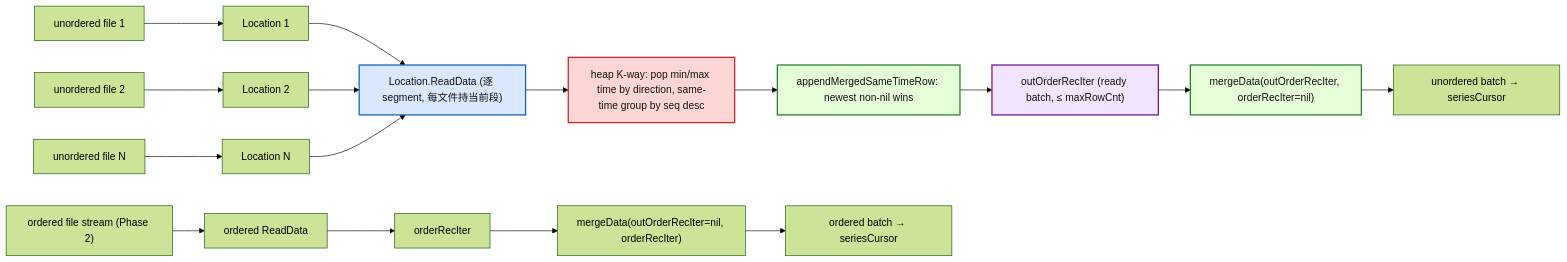
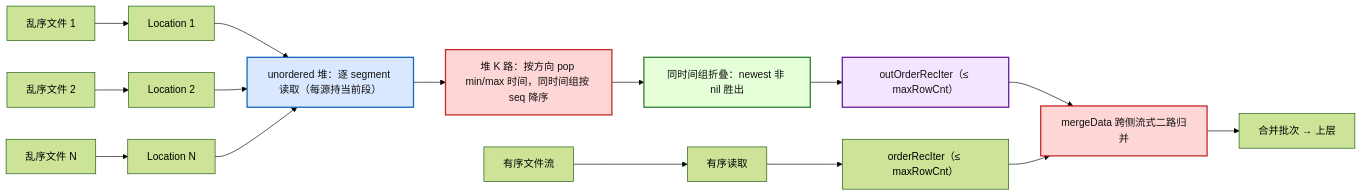
One commit to zhiwangdu/openGemini changed the third of 5 diagrams in tsmMergeCursor_unordered_merge_proposal.md. Above: the diagram before and after it, drawn with Mermaid (forest theme). The commit also changed other lines of this file and 3 other files, not shown here.

````diff
--- a/tsmMergeCursor_unordered_merge_proposal.md
+++ b/tsmMergeCursor_unordered_merge_proposal.md
@@ -325,31 +341,30 @@
 ```mermaid
 flowchart LR
-    U1["unordered file 1"] --> L1["Location 1"]
-    U2["unordered file 2"] --> L2["Location 2"]
-    UN["unordered file N"] --> LN["Location N"]
+    U1["乱序文件 1"] --> L1["Location 1"]
+    U2["乱序文件 2"] --> L2["Location 2"]
+    UN["乱序文件 N"] --> LN["Location N"]
 
-    L1 --> W["Location.ReadData (逐 segment, 每文件持当前段)"]
+    L1 --> W["unordered 堆：逐 segment 读取（每源持当前段）"]
     L2 --> W
     LN --> W
-    W --> H["heap K-way: pop min/max time by direction, same-time group by seq desc"]
-    H --> SG["appendMergedSameTimeRow: newest non-nil wins"]
-    SG --> RB["outOrderRecIter (ready batch, ≤ maxRowCnt)"]
+    W --> H["堆 K 路：按方向 pop min/max 时间，同时间组按 seq 降序"]
+    H --> SG["同时间组折叠：newest 非 nil 胜出"]
+    SG --> RB["outOrderRecIter（≤ maxRowCnt）"]
 
-    RB --> MD["mergeData(outOrderRecIter, orderRecIter=nil)"]
-    MD --> OUT1["unordered batch → seriesCursor"]
+    OF["有序文件流"] --> OC["有序读取"]
+    OC --> OR["orderRecIter（≤ maxRowCnt）"]
 
-    OF["ordered file stream (Phase 2)"] --> OC["ordered ReadData"]
-    OC --> OR["orderRecIter"]
-    OR --> MD2["mergeData(outOrderRecIter=nil, orderRecIter)"]
-    MD2 --> OUT2["ordered batch → seriesCursor"]
+    RB --> MD["mergeData 跨侧流式二路归并"]
+    OR --> MD
+    MD --> OUT["合并批次 → 上层"]
 
     W:::io
     H:::hot
     SG:::cpu
     RB:::mem
-    MD:::cpu
+    MD:::hot
     classDef hot fill:#ffd6d6,stroke:#c62828,stroke-width:2px,color:#111;
     classDef io fill:#d9e8ff,stroke:#1565c0,stroke-width:2px,color:#111;
     classDef cpu fill:#e5ffd8,stroke:#2e7d32,stroke-width:2px,color:#111;
     classDef mem fill:#f3e5ff,stroke:#6a1b9a,stroke-width:2px,color:#111;
 ```
````
